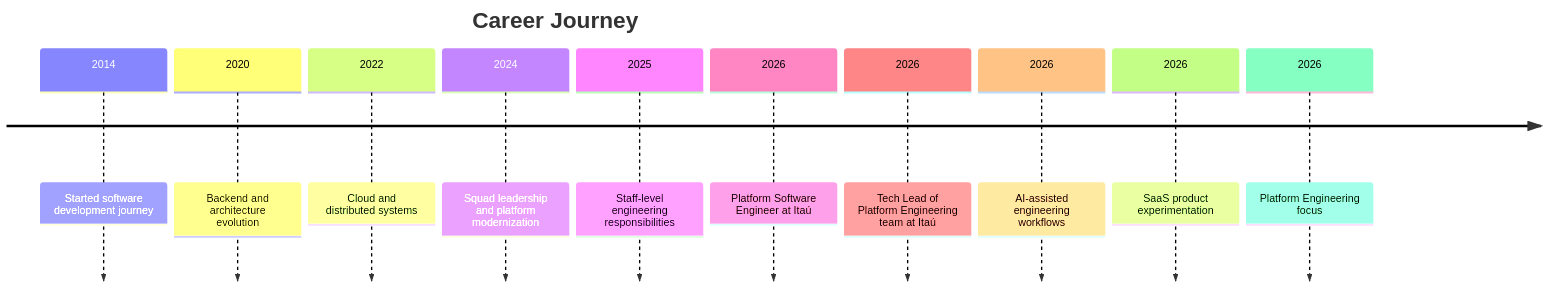
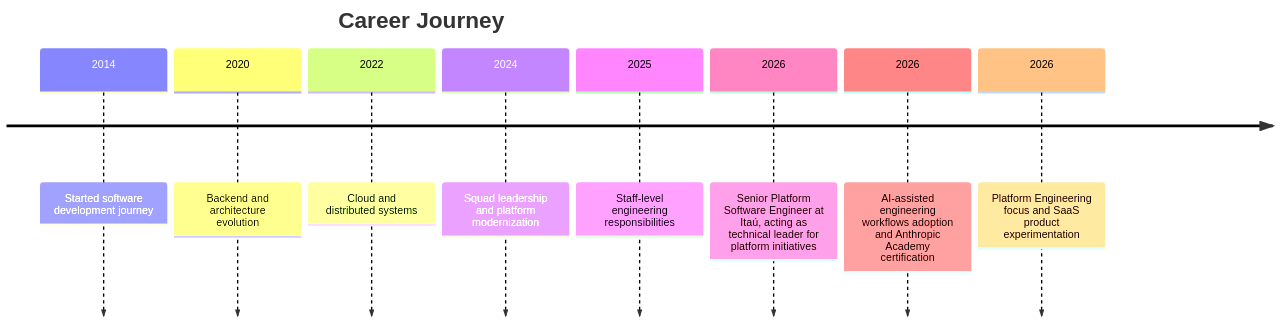
Before and after one commit to VieiraGabrielAlexandre/brag-document: the second of 2 diagrams in README.md, drawn with Mermaid. The commit also changed other lines of this file, not shown here.

````diff
--- a/README.md
+++ b/README.md
@@ -258,24 +249,20 @@
 ```mermaid
 timeline
     title Career Journey
 
     2014 : Started software development journey
 
     2020 : Backend and architecture evolution
 
     2022 : Cloud and distributed systems
 
     2024 : Squad leadership and platform modernization
 
     2025 : Staff-level engineering responsibilities
 
-    2026 : Platform Software Engineer at Itaú
+    2026 : Senior Platform Software Engineer at Itaú, acting as technical leader for platform initiatives
 
-    2026 : Tech Lead of Platform Engineering team at Itaú
+    2026 : AI-assisted engineering workflows adoption and Anthropic Academy certification
 
-    2026 : AI-assisted engineering workflows
-
-    2026 : SaaS product experimentation
-
-    2026 : Platform Engineering focus
+    2026 : Platform Engineering focus and SaaS product experimentation
 ```
````
